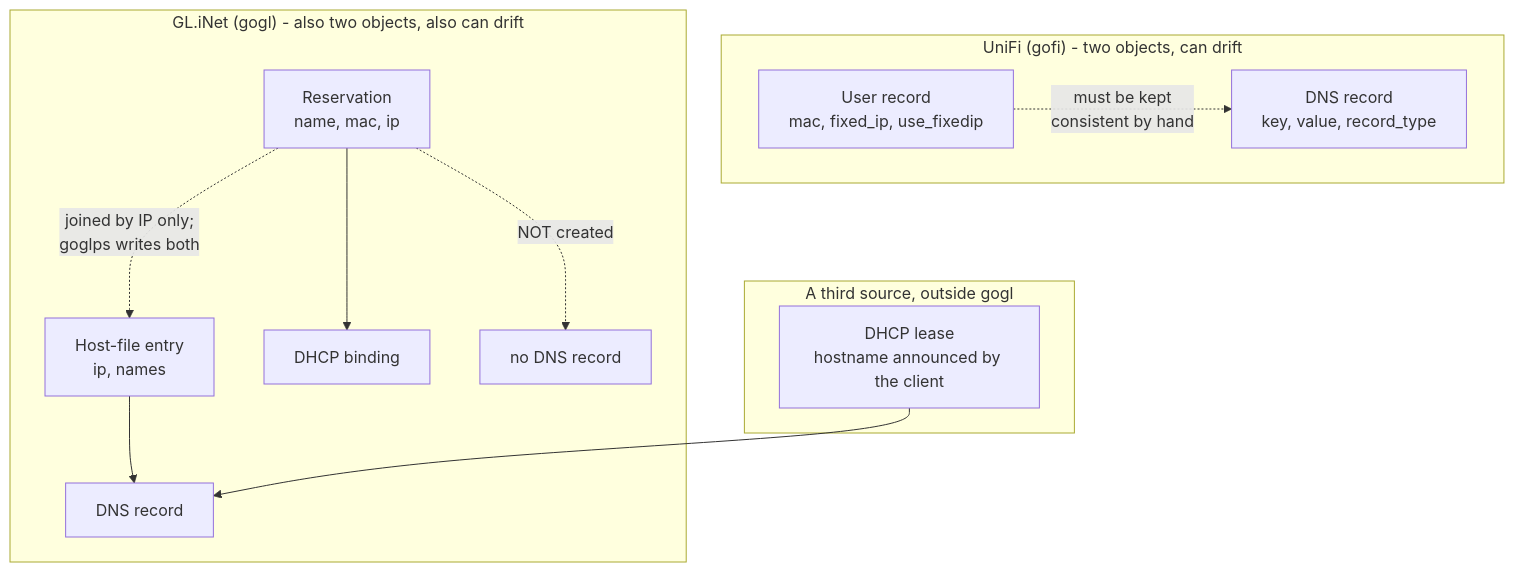
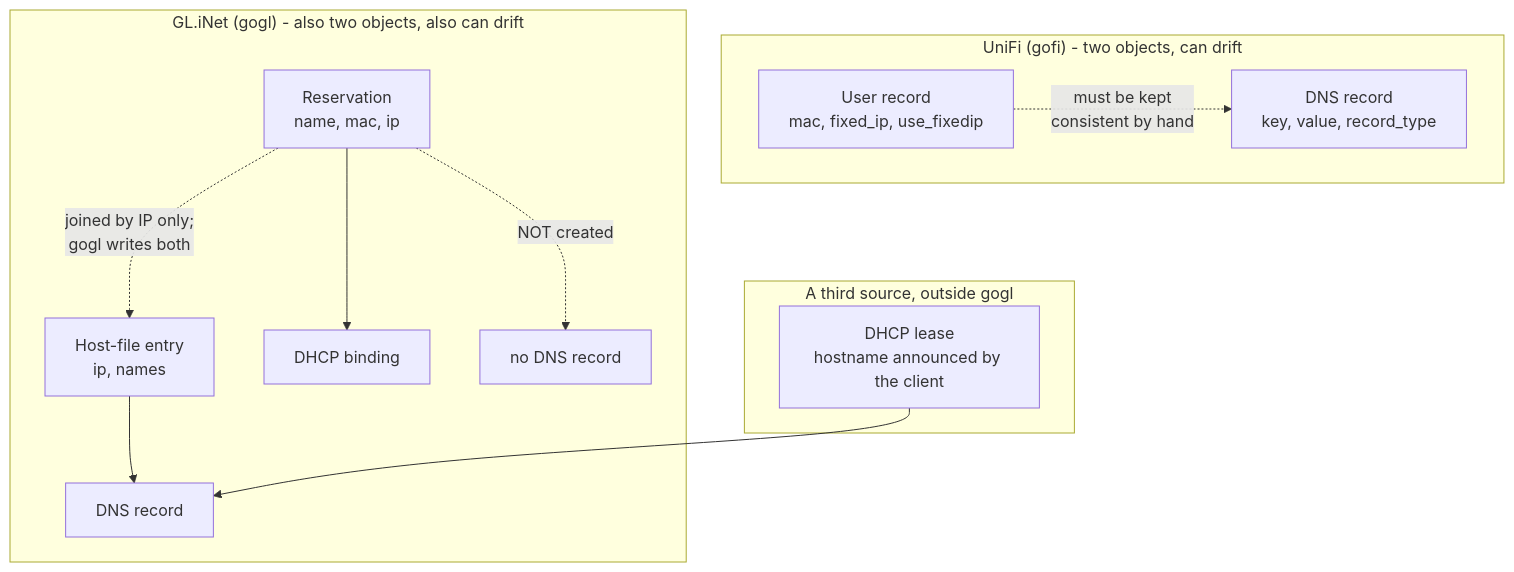
The seventh of 8 diagrams in docs/DESIGN.md (emergingrobotics/gogl), drawn with Mermaid before and after one commit. The commit also changed other lines of this file and 3 other files, not shown here.

````diff
--- a/docs/DESIGN.md
+++ b/docs/DESIGN.md
@@ -423,22 +452,22 @@
 ```mermaid
 graph TB
     subgraph unifi["UniFi (gofi) - two objects, can drift"]
         U["User record<br/>mac, fixed_ip, use_fixedip"]
         D["DNS record<br/>key, value, record_type"]
         U -.->|"must be kept<br/>consistent by hand"| D
     end
 
     subgraph glinet["GL.iNet (gogl) - also two objects, also can drift"]
         R["Reservation<br/>name, mac, ip"]
         H["Host-file entry<br/>ip, names"]
         R --> DHCP["DHCP binding"]
         R -.->|"NOT created"| X["no DNS record"]
         H --> DNS["DNS record"]
-        R -.->|"joined by IP only;<br/>goglps writes both"| H
+        R -.->|"joined by IP only;<br/>gogl writes both"| H
     end
 
     subgraph actual["A third source, outside gogl"]
         LEASE["DHCP lease<br/>hostname announced by the client"]
         LEASE --> DNS
     end
 ```
````
